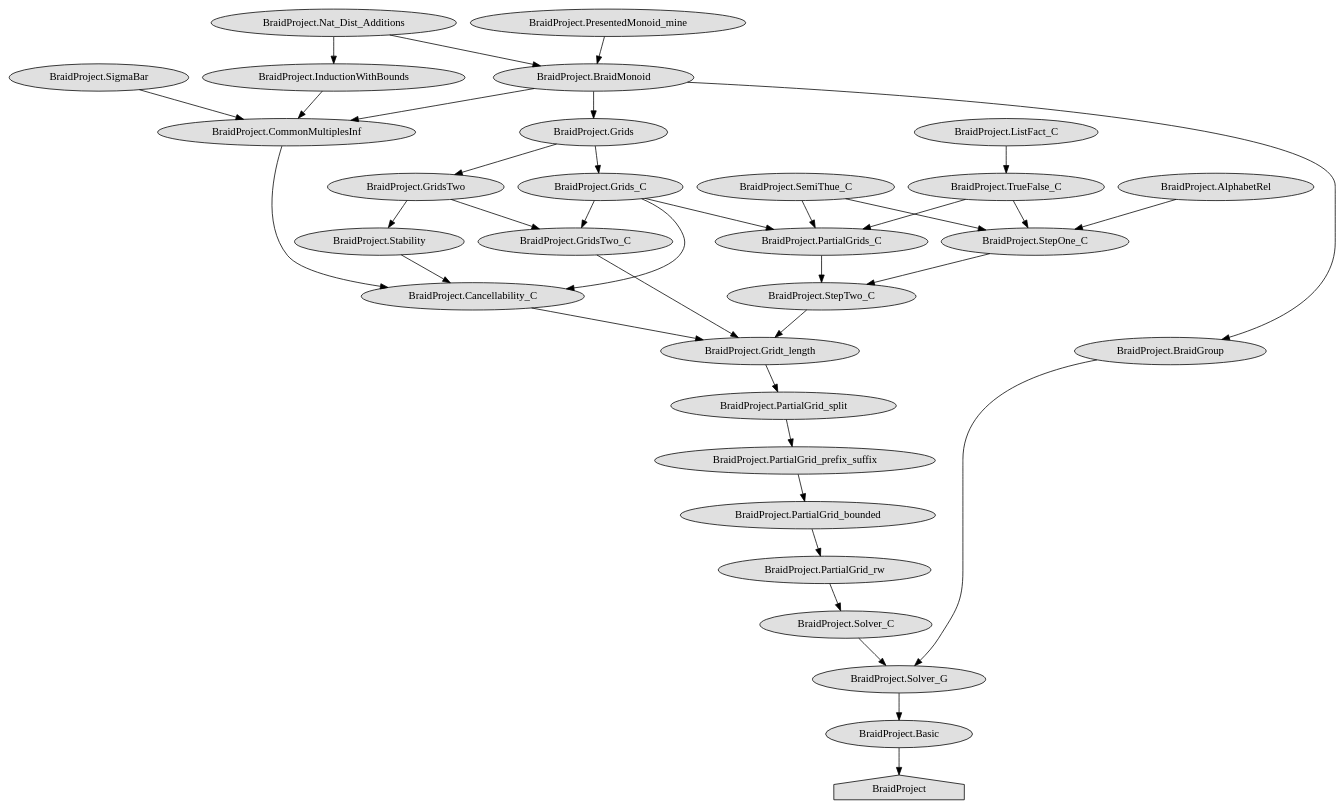
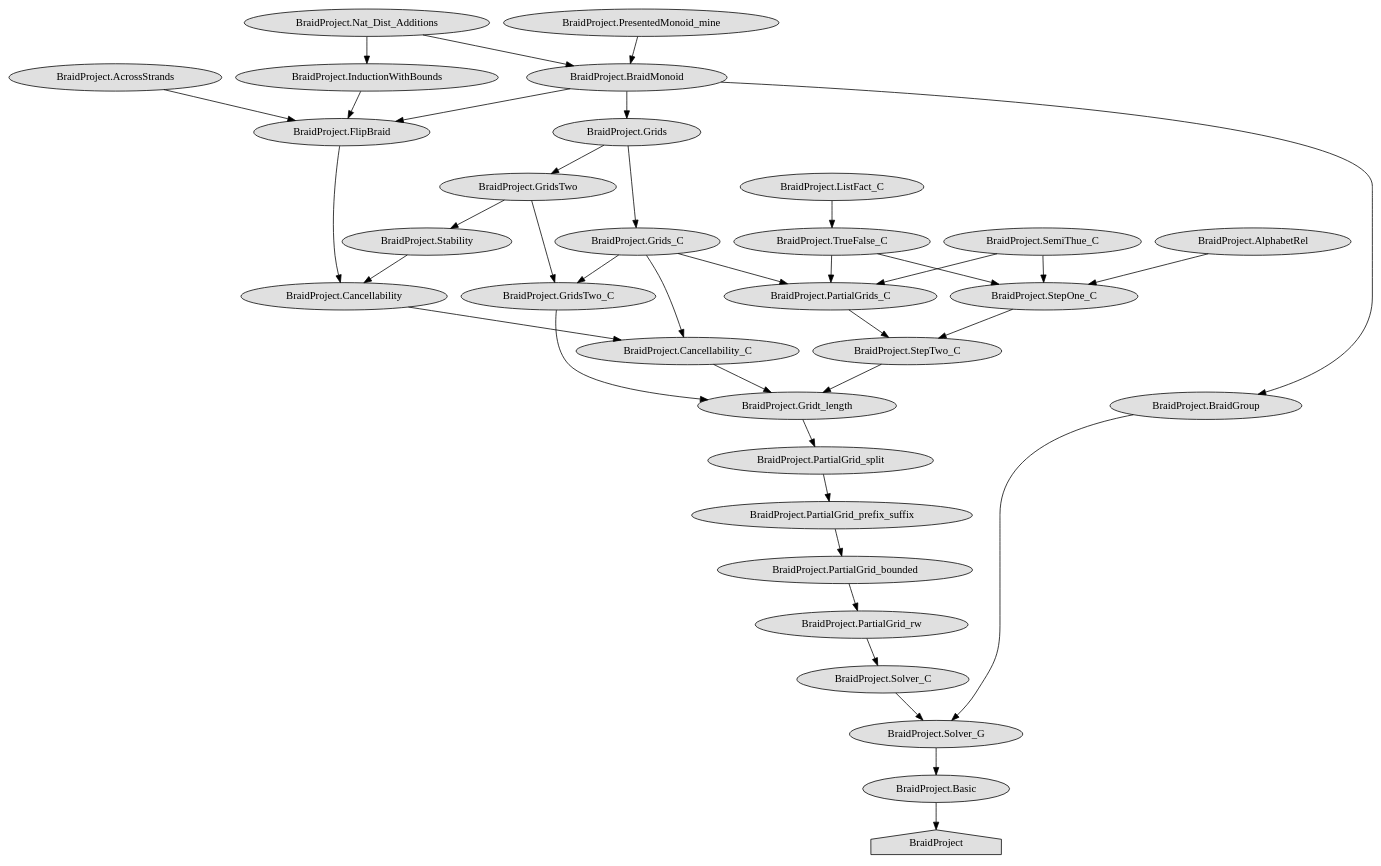
Before and after one commit to hannahfechtner/braids_better: the diagram in import_graph_braid_only.dot, drawn with Graphviz. The commit also changed 19 other files, not shown here.

```diff
--- a/import_graph_braid_only.dot
+++ b/import_graph_braid_only.dot
@@ -1,68 +1,70 @@
 digraph "import_graph" {
   "BraidProject.GridsTwo" [style=filled, fillcolor="#e0e0e0", shape=ellipse];
   "BraidProject.Grids" -> "BraidProject.GridsTwo";
   "BraidProject.BraidGroup" [style=filled, fillcolor="#e0e0e0", shape=ellipse];
   "BraidProject.BraidMonoid" -> "BraidProject.BraidGroup";
   "BraidProject.InductionWithBounds" [style=filled, fillcolor="#e0e0e0", shape=ellipse];
   "BraidProject.Nat_Dist_Additions" -> "BraidProject.InductionWithBounds";
   "BraidProject.ListFact_C" [style=filled, fillcolor="#e0e0e0", shape=ellipse];
-  "BraidProject.CommonMultiplesInf" [style=filled, fillcolor="#e0e0e0", shape=ellipse];
-  "BraidProject.BraidMonoid" -> "BraidProject.CommonMultiplesInf";
-  "BraidProject.SigmaBar" -> "BraidProject.CommonMultiplesInf";
-  "BraidProject.InductionWithBounds" -> "BraidProject.CommonMultiplesInf";
   "BraidProject.PartialGrid_bounded" [style=filled, fillcolor="#e0e0e0", shape=ellipse];
   "BraidProject.PartialGrid_prefix_suffix" -> "BraidProject.PartialGrid_bounded";
   "BraidProject.PartialGrid_prefix_suffix" [style=filled, fillcolor="#e0e0e0", shape=ellipse];
   "BraidProject.PartialGrid_split" -> "BraidProject.PartialGrid_prefix_suffix";
   "BraidProject.Solver_C" [style=filled, fillcolor="#e0e0e0", shape=ellipse];
   "BraidProject.PartialGrid_rw" -> "BraidProject.Solver_C";
   "BraidProject.Cancellability_C" [style=filled, fillcolor="#e0e0e0", shape=ellipse];
-  "BraidProject.Stability" -> "BraidProject.Cancellability_C";
   "BraidProject.Grids_C" -> "BraidProject.Cancellability_C";
-  "BraidProject.CommonMultiplesInf" -> "BraidProject.Cancellability_C";
+  "BraidProject.Cancellability" -> "BraidProject.Cancellability_C";
   "BraidProject.PartialGrid_rw" [style=filled, fillcolor="#e0e0e0", shape=ellipse];
   "BraidProject.PartialGrid_bounded" -> "BraidProject.PartialGrid_rw";
   "BraidProject.GridsTwo_C" [style=filled, fillcolor="#e0e0e0", shape=ellipse];
   "BraidProject.Grids_C" -> "BraidProject.GridsTwo_C";
   "BraidProject.GridsTwo" -> "BraidProject.GridsTwo_C";
   "BraidProject.Stability" [style=filled, fillcolor="#e0e0e0", shape=ellipse];
   "BraidProject.GridsTwo" -> "BraidProject.Stability";
   "BraidProject.BraidMonoid" [style=filled, fillcolor="#e0e0e0", shape=ellipse];
   "BraidProject.PresentedMonoid_mine" -> "BraidProject.BraidMonoid";
   "BraidProject.Nat_Dist_Additions" -> "BraidProject.BraidMonoid";
   "BraidProject.Nat_Dist_Additions" [style=filled, fillcolor="#e0e0e0", shape=ellipse];
   "BraidProject.Solver_G" [style=filled, fillcolor="#e0e0e0", shape=ellipse];
   "BraidProject.Solver_C" -> "BraidProject.Solver_G";
   "BraidProject.BraidGroup" -> "BraidProject.Solver_G";
+  "BraidProject.Cancellability" [style=filled, fillcolor="#e0e0e0", shape=ellipse];
+  "BraidProject.Stability" -> "BraidProject.Cancellability";
+  "BraidProject.FlipBraid" -> "BraidProject.Cancellability";
   "BraidProject.Basic" [style=filled, fillcolor="#e0e0e0", shape=ellipse];
   "BraidProject.Solver_G" -> "BraidProject.Basic";
+  "BraidProject.AcrossStrands" [style=filled, fillcolor="#e0e0e0", shape=ellipse];
   "BraidProject.Gridt_length" [style=filled, fillcolor="#e0e0e0", shape=ellipse];
   "BraidProject.StepTwo_C" -> "BraidProject.Gridt_length";
   "BraidProject.Cancellability_C" -> "BraidProject.Gridt_length";
   "BraidProject.GridsTwo_C" -> "BraidProject.Gridt_length";
   "BraidProject" [style=filled, fillcolor="#e0e0e0", shape=house];
   "BraidProject.Basic" -> "BraidProject";
   "BraidProject.SemiThue_C" [style=filled, fillcolor="#e0e0e0", shape=ellipse];
   "BraidProject.PresentedMonoid_mine" [style=filled, fillcolor="#e0e0e0", shape=ellipse];
   "BraidProject.PartialGrid_split" [style=filled, fillcolor="#e0e0e0", shape=ellipse];
   "BraidProject.Gridt_length" -> "BraidProject.PartialGrid_split";
   "BraidProject.StepTwo_C" [style=filled, fillcolor="#e0e0e0", shape=ellipse];
   "BraidProject.PartialGrids_C" -> "BraidProject.StepTwo_C";
   "BraidProject.StepOne_C" -> "BraidProject.StepTwo_C";
   "BraidProject.AlphabetRel" [style=filled, fillcolor="#e0e0e0", shape=ellipse];
   "BraidProject.TrueFalse_C" [style=filled, fillcolor="#e0e0e0", shape=ellipse];
   "BraidProject.ListFact_C" -> "BraidProject.TrueFalse_C";
   "BraidProject.PartialGrids_C" [style=filled, fillcolor="#e0e0e0", shape=ellipse];
   "BraidProject.Grids_C" -> "BraidProject.PartialGrids_C";
   "BraidProject.SemiThue_C" -> "BraidProject.PartialGrids_C";
   "BraidProject.TrueFalse_C" -> "BraidProject.PartialGrids_C";
   "BraidProject.Grids" [style=filled, fillcolor="#e0e0e0", shape=ellipse];
   "BraidProject.BraidMonoid" -> "BraidProject.Grids";
   "BraidProject.StepOne_C" [style=filled, fillcolor="#e0e0e0", shape=ellipse];
   "BraidProject.SemiThue_C" -> "BraidProject.StepOne_C";
   "BraidProject.AlphabetRel" -> "BraidProject.StepOne_C";
   "BraidProject.TrueFalse_C" -> "BraidProject.StepOne_C";
-  "BraidProject.SigmaBar" [style=filled, fillcolor="#e0e0e0", shape=ellipse];
   "BraidProject.Grids_C" [style=filled, fillcolor="#e0e0e0", shape=ellipse];
   "BraidProject.Grids" -> "BraidProject.Grids_C";
+  "BraidProject.FlipBraid" [style=filled, fillcolor="#e0e0e0", shape=ellipse];
+  "BraidProject.BraidMonoid" -> "BraidProject.FlipBraid";
+  "BraidProject.AcrossStrands" -> "BraidProject.FlipBraid";
+  "BraidProject.InductionWithBounds" -> "BraidProject.FlipBraid";
 }
```
